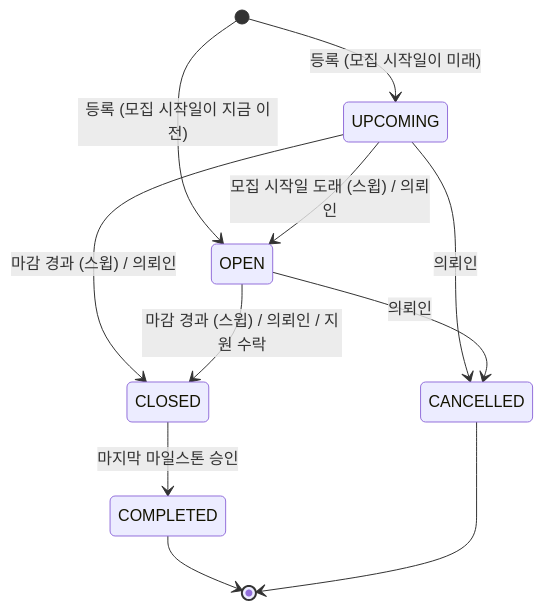
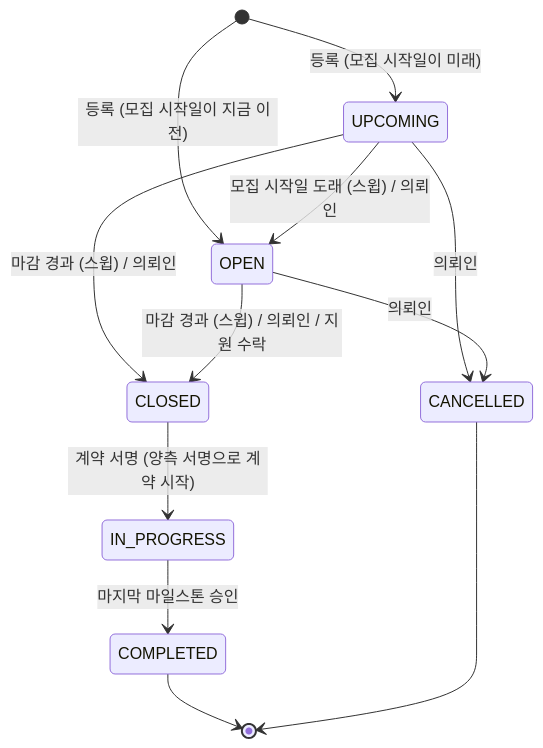
One commit to jonghoon24/workbridge changed the first of 3 diagrams in docs/domain/projects-contracts.md. Above: the diagram before and after it, drawn with Mermaid. The commit also changed other lines of this file and 21 other files, not shown here.

````diff
--- a/docs/domain/projects-contracts.md
+++ b/docs/domain/projects-contracts.md
@@ -9,13 +9,14 @@
 ```mermaid
 stateDiagram-v2
     [*] --> UPCOMING: 등록 (모집 시작일이 미래)
     [*] --> OPEN: 등록 (모집 시작일이 지금 이전)
     UPCOMING --> OPEN: 모집 시작일 도래 (스윕) / 의뢰인
     UPCOMING --> CLOSED: 마감 경과 (스윕) / 의뢰인
     OPEN --> CLOSED: 마감 경과 (스윕) / 의뢰인 / 지원 수락
     UPCOMING --> CANCELLED: 의뢰인
     OPEN --> CANCELLED: 의뢰인
-    CLOSED --> COMPLETED: 마지막 마일스톤 승인
+    CLOSED --> IN_PROGRESS: 계약 서명 (양측 서명으로 계약 시작)
+    IN_PROGRESS --> COMPLETED: 마지막 마일스톤 승인
     COMPLETED --> [*]
     CANCELLED --> [*]
 ```
````
